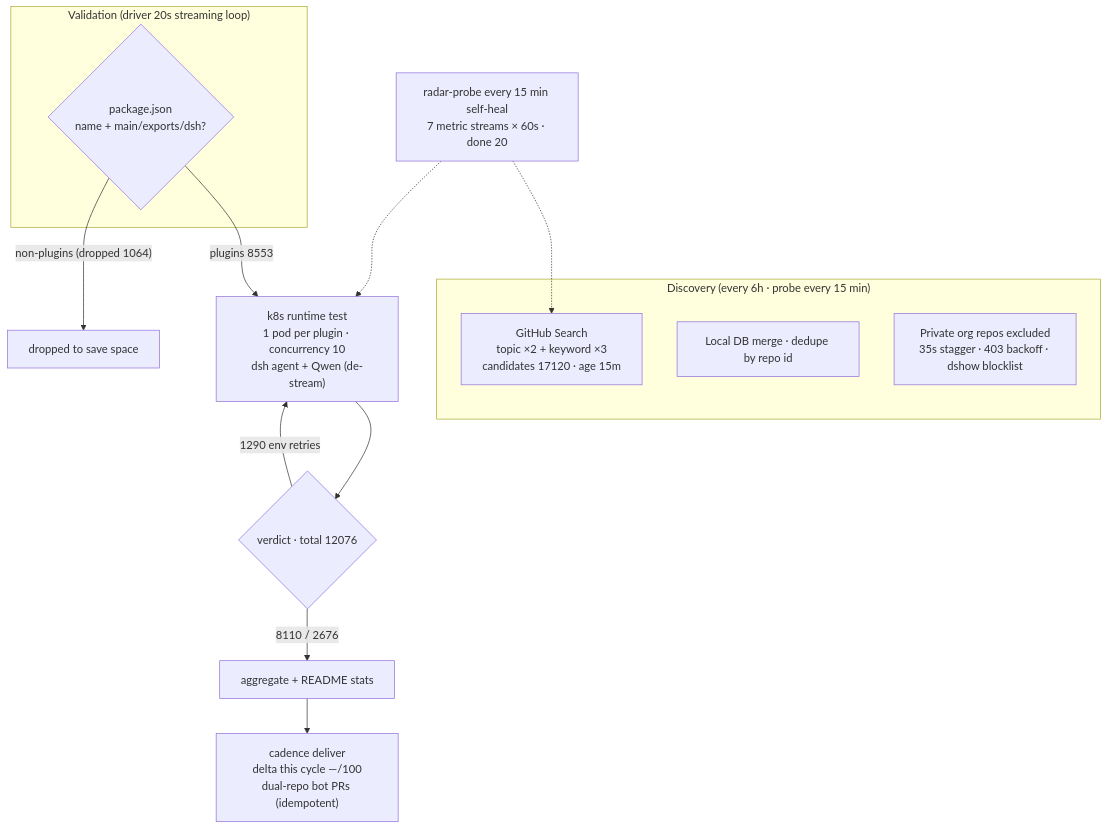
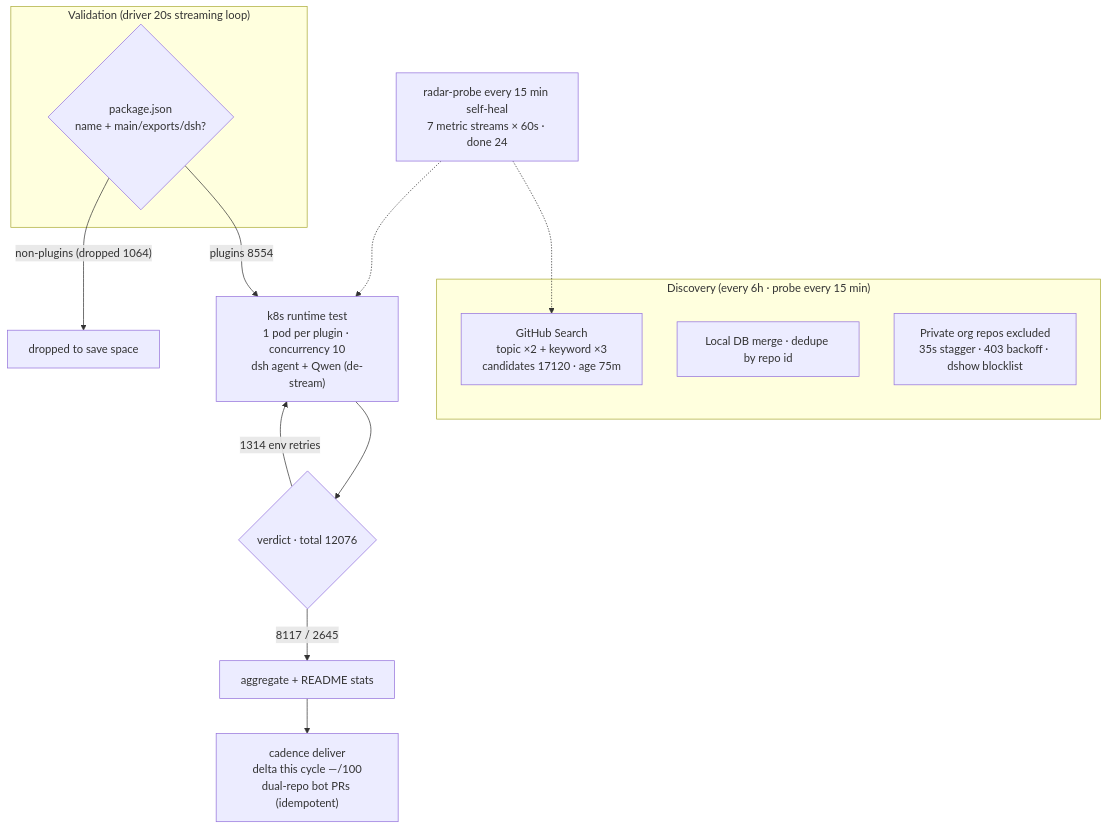
Before and after one commit to AdamPlatin123/awesome-dsh-plugins: the diagram in README.en-US.md, drawn with Mermaid. The commit also changed other lines of this file and 5 other files, not shown here.

````diff
--- a/README.en-US.md
+++ b/README.en-US.md
@@ -45,20 +45,20 @@
 ```mermaid
 flowchart TB
     subgraph Discovery["Discovery (every 6h · probe every 15 min)"]
-        A1["GitHub Search<br/>topic ×2 + keyword ×3<br/>candidates 17120 · age 15m"]
+        A1["GitHub Search<br/>topic ×2 + keyword ×3<br/>candidates 17120 · age 75m"]
         A2["Local DB merge · dedupe by repo id"]
         A3["Private org repos excluded<br/>35s stagger · 403 backoff · dshow blocklist"]
     end
     subgraph Validation["Validation (driver 20s streaming loop)"]
         B1{"package.json<br/>name + main/exports/dsh?"}
     end
-    B1 -->|"plugins 8553"| C1["k8s runtime test<br/>1 pod per plugin · concurrency 10<br/>dsh agent + Qwen (de-stream)"]
+    B1 -->|"plugins 8554"| C1["k8s runtime test<br/>1 pod per plugin · concurrency 10<br/>dsh agent + Qwen (de-stream)"]
     B1 -->|"non-plugins (dropped 1064)"| B3["dropped to save space"]
     C1 --> D1{"verdict · total 12076"}
-    D1 -->|"8110 / 2676"| E1["aggregate + README stats"]
-    D1 -->|"1290 env retries"| C1
+    D1 -->|"8117 / 2645"| E1["aggregate + README stats"]
+    D1 -->|"1314 env retries"| C1
     E1 --> E2["cadence deliver<br/>delta this cycle —/100<br/>dual-repo bot PRs (idempotent)"]
-    M["radar-probe every 15 min self-heal<br/>7 metric streams × 60s · done 20"]
+    M["radar-probe every 15 min self-heal<br/>7 metric streams × 60s · done 24"]
     M -.-> A1
     M -.-> C1
 ```
````
